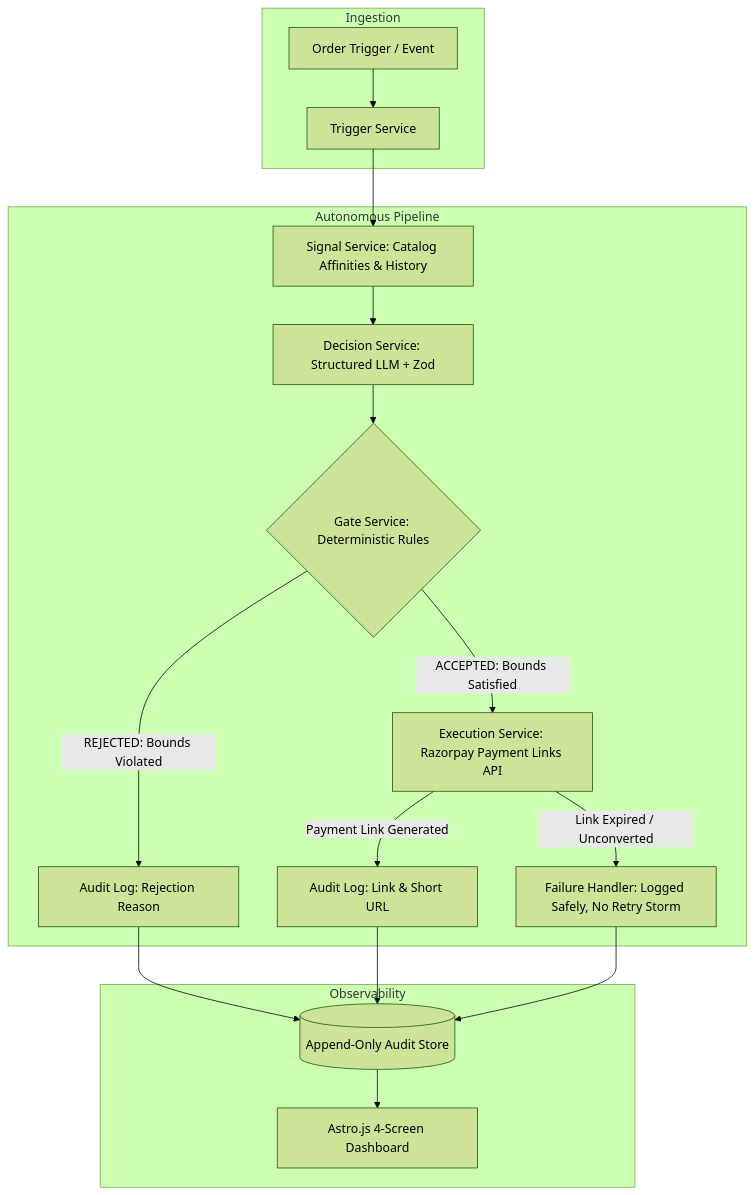
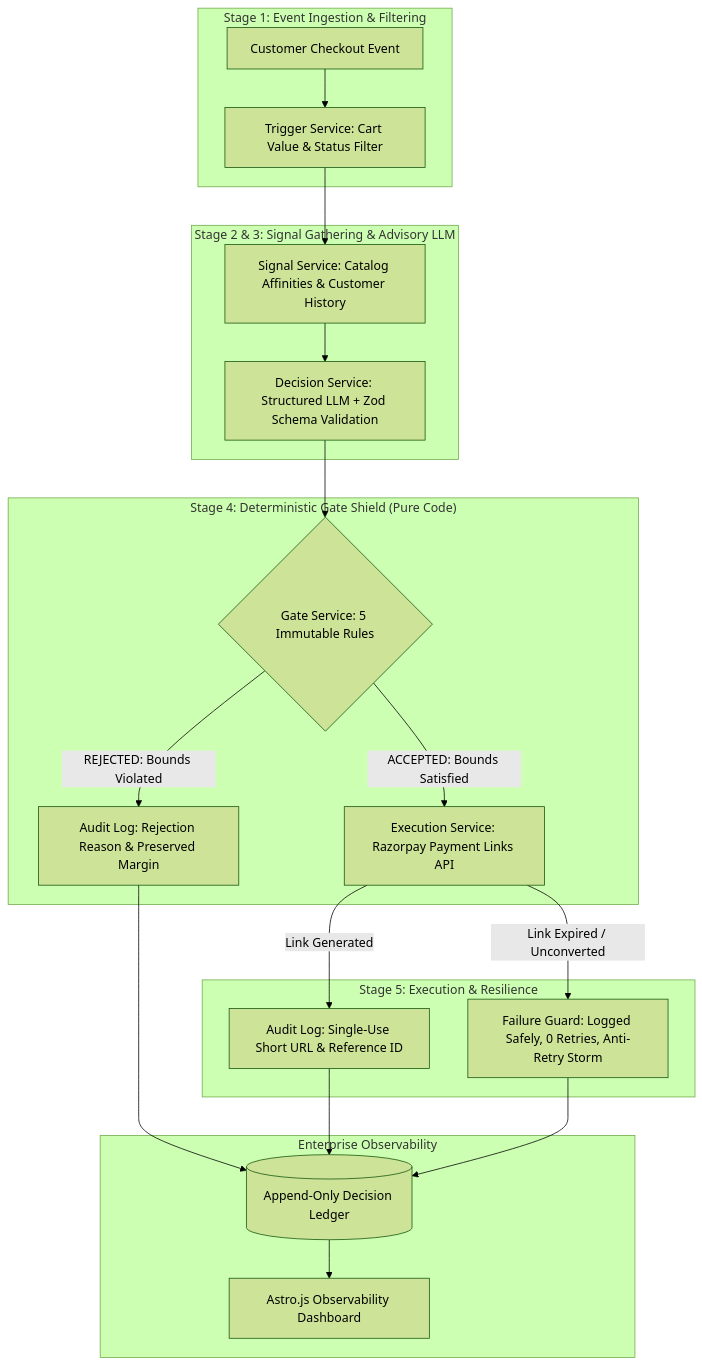
Before and after one commit to AJAYMYTH/RazorPulse-ai: the diagram in README.md, drawn with Mermaid (forest theme). The commit also changed other lines of this file and 5 other files, not shown here.

````diff
--- a/README.md
+++ b/README.md
@@ -10,24 +16,29 @@
 ```mermaid
 flowchart TD
-    subgraph Ingestion
-        A[Order Trigger / Event] --> B[Trigger Service]
+    subgraph Ingestion["Stage 1: Event Ingestion & Filtering"]
+        A[Customer Checkout Event] --> B[Trigger Service: Cart Value & Status Filter]
     end
 
-    subgraph Autonomous Pipeline
-        B --> C[Signal Service: Catalog Affinities & History]
-        C --> D[Decision Service: Structured LLM + Zod]
-        D --> E{Gate Service: Deterministic Rules}
-        
-        E -->|REJECTED: Bounds Violated| F[Audit Log: Rejection Reason]
-        E -->|ACCEPTED: Bounds Satisfied| G[Execution Service: Razorpay Payment Links API]
-        G -->|Payment Link Generated| H[Audit Log: Link & Short URL]
-        G -->|Link Expired / Unconverted| I[Failure Handler: Logged Safely, No Retry Storm]
+    subgraph Intelligence["Stage 2 & 3: Signal Gathering & Advisory LLM"]
+        B --> C[Signal Service: Catalog Affinities & Customer History]
+        C --> D[Decision Service: Structured LLM + Zod Schema Validation]
     end
 
-    subgraph Observability
-        F --> J[(Append-Only Audit Store)]
+    subgraph Defense["Stage 4: Deterministic Gate Shield (Pure Code)"]
+        D --> E{Gate Service: 5 Immutable Rules}
+        E -->|REJECTED: Bounds Violated| F[Audit Log: Rejection Reason & Preserved Margin]
+        E -->|ACCEPTED: Bounds Satisfied| G[Execution Service: Razorpay Payment Links API]
+    end
+
+    subgraph Execution["Stage 5: Execution & Resilience"]
+        G -->|Link Generated| H[Audit Log: Single-Use Short URL & Reference ID]
+        G -->|Link Expired / Unconverted| I[Failure Guard: Logged Safely, 0 Retries, Anti-Retry Storm]
+    end
+
+    subgraph Observability["Enterprise Observability"]
+        F --> J[(Append-Only Decision Ledger)]
         H --> J
         I --> J
-        J --> K[Astro.js 4-Screen Dashboard]
+        J --> K[Astro.js Observability Dashboard]
     end
 ```
````
